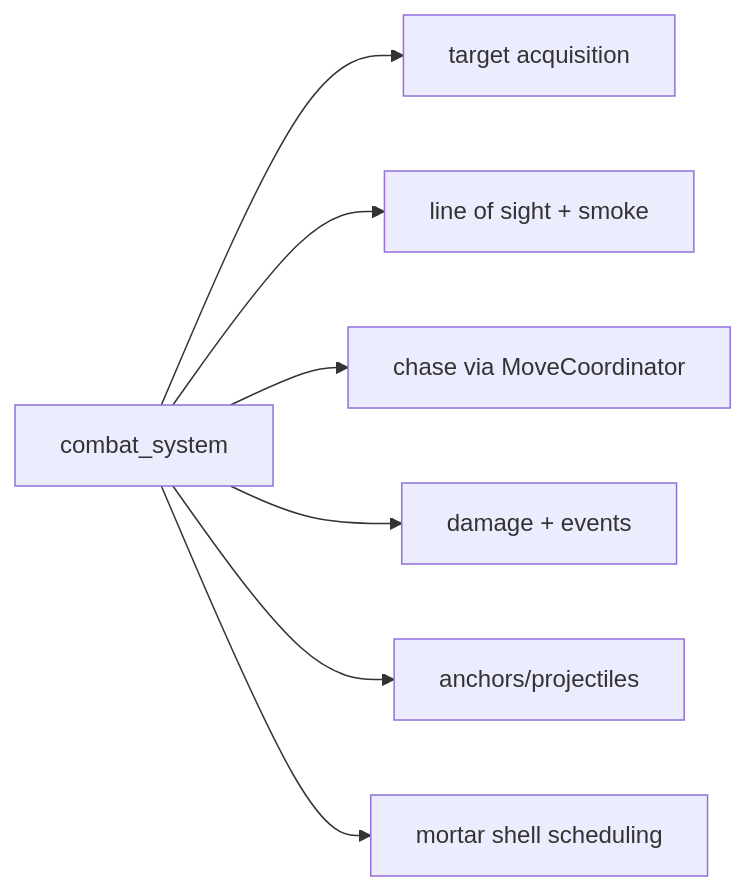
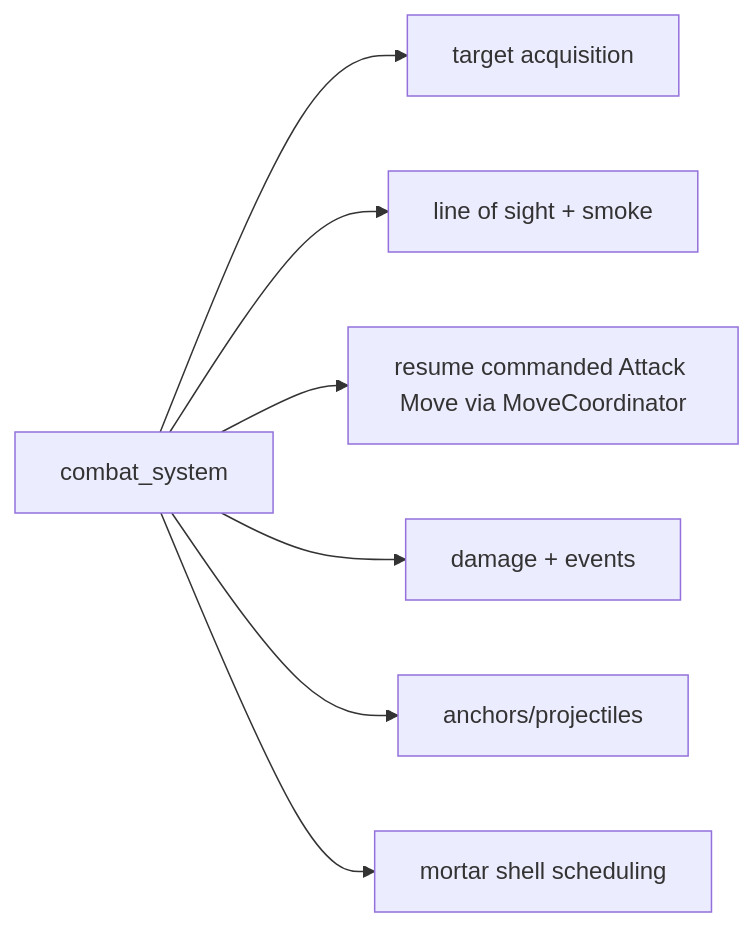
One commit to zvory/rts-0 changed the seventh of 8 diagrams in docs/design/server-architecture-walkthrough.md. Above: the diagram before and after it, drawn with Mermaid. The commit also changed other lines of this file and 20 other files, not shown here.

````diff
--- a/docs/design/server-architecture-walkthrough.md
+++ b/docs/design/server-architecture-walkthrough.md
@@ -270,9 +270,9 @@
 ```mermaid
 flowchart LR
     Combat["combat_system"] --> Target["target acquisition"]
     Combat --> LOS["line of sight + smoke"]
-    Combat --> Move["chase via MoveCoordinator"]
+    Combat --> Move["resume commanded Attack Move via MoveCoordinator"]
     Combat --> Damage["damage + events"]
     Combat --> AbilityRuntime["anchors/projectiles"]
     Combat --> Mortar["mortar shell scheduling"]
 ```
````
